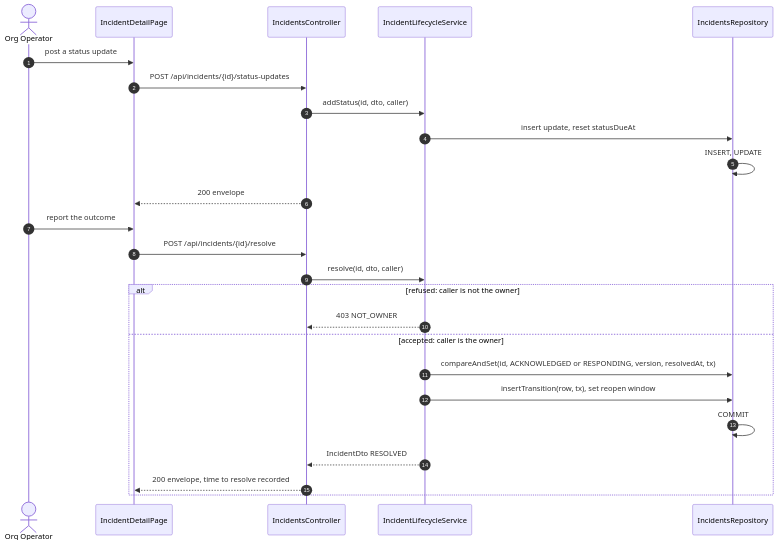
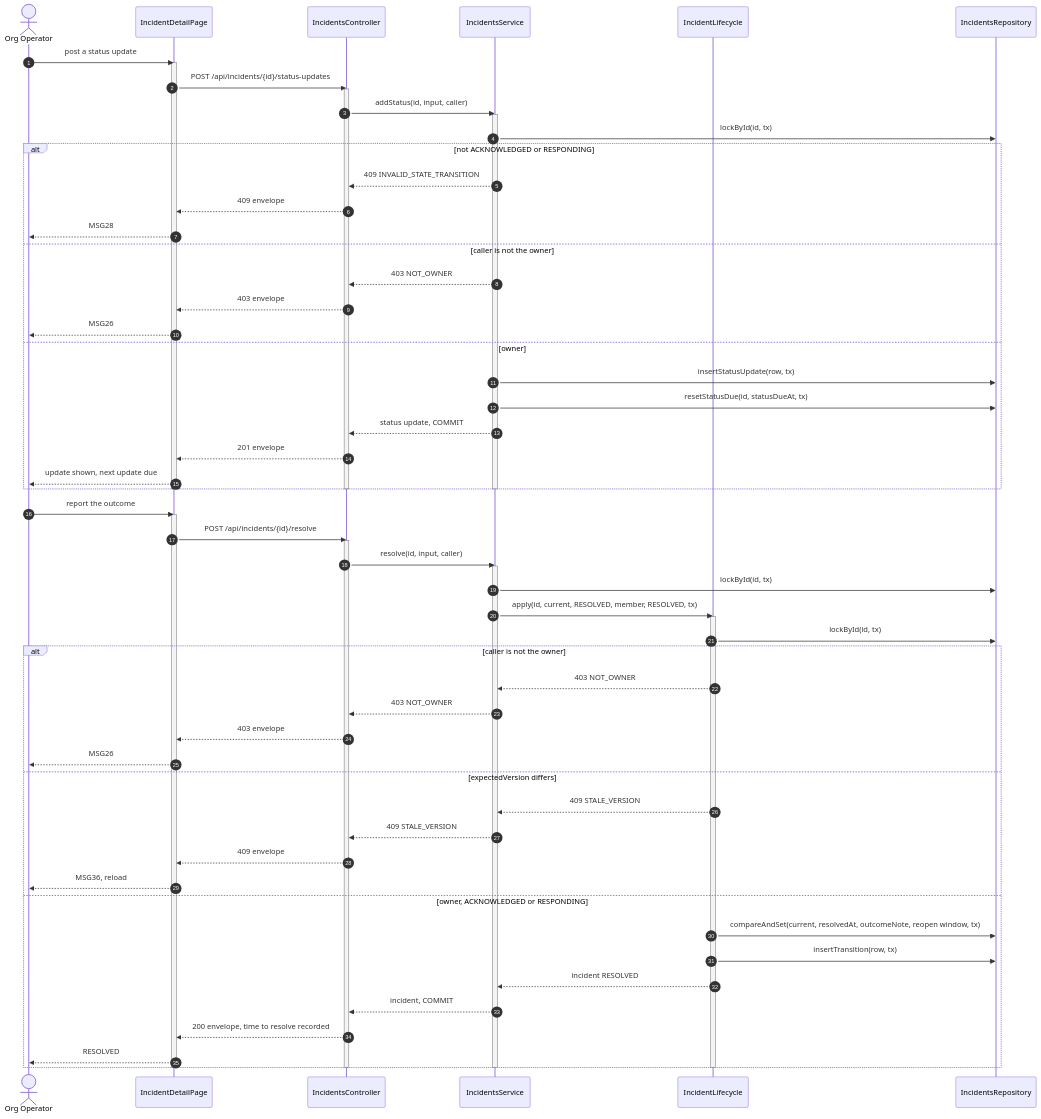
Before and after one commit to TrekLink-Team/treklink-web: the ninth of 10 diagrams in specs/incidents/design.md, drawn with Mermaid. The commit also changed other lines of this file, not shown here.

First line of the commit message:
docs: draw incidents design Figures 4 to 10 as the code has them

````diff
--- a/specs/incidents/design.md
+++ b/specs/incidents/design.md
@@ -421,27 +587,67 @@
 ```mermaid
 sequenceDiagram
     autonumber
     actor Op as Org Operator
     participant P as IncidentDetailPage
     participant C as IncidentsController
-    participant L as IncidentLifecycleService
+    participant S as IncidentsService
+    participant L as IncidentLifecycle
     participant R as IncidentsRepository
     Op->>P: post a status update
+    activate P
     P->>C: POST /api/incidents/{id}/status-updates
-    C->>L: addStatus(id, dto, caller)
-    L->>R: insert update, reset statusDueAt
-    R->>R: INSERT, UPDATE
-    C-->>P: 200 envelope
+    activate C
+    C->>S: addStatus(id, input, caller)
+    activate S
+    S->>R: lockById(id, tx)
+    alt not ACKNOWLEDGED or RESPONDING
+        S-->>C: 409 INVALID_STATE_TRANSITION
+        C-->>P: 409 envelope
+        P-->>Op: MSG28
+    else caller is not the owner
+        S-->>C: 403 NOT_OWNER
+        C-->>P: 403 envelope
+        P-->>Op: MSG26
+    else owner
+        S->>R: insertStatusUpdate(row, tx)
+        S->>R: resetStatusDue(id, statusDueAt, tx)
+        S-->>C: status update, COMMIT
+        C-->>P: 201 envelope
+        P-->>Op: update shown, next update due
+    end
+    deactivate S
+    deactivate C
+    deactivate P
     Op->>P: report the outcome
+    activate P
     P->>C: POST /api/incidents/{id}/resolve
-    C->>L: resolve(id, dto, caller)
-    alt refused: caller is not the owner
-        L-->>C: 403 NOT_OWNER
-    else accepted: caller is the owner
-        L->>R: compareAndSet(id, ACKNOWLEDGED or RESPONDING, version, resolvedAt, tx)
-        L->>R: insertTransition(row, tx), set reopen window
-        R->>R: COMMIT
-        L-->>C: IncidentDto RESOLVED
+    activate C
+    C->>S: resolve(id, input, caller)
+    activate S
+    S->>R: lockById(id, tx)
+    S->>L: apply(id, current, RESOLVED, member, RESOLVED, tx)
+    activate L
+    L->>R: lockById(id, tx)
+    alt caller is not the owner
+        L-->>S: 403 NOT_OWNER
+        S-->>C: 403 NOT_OWNER
+        C-->>P: 403 envelope
+        P-->>Op: MSG26
+    else expectedVersion differs
+        L-->>S: 409 STALE_VERSION
+        S-->>C: 409 STALE_VERSION
+        C-->>P: 409 envelope
+        P-->>Op: MSG36, reload
+    else owner, ACKNOWLEDGED or RESPONDING
+        L->>R: compareAndSet(current, resolvedAt, outcomeNote, reopen window, tx)
+        L->>R: insertTransition(row, tx)
+        L-->>S: incident RESOLVED
+        S-->>C: incident, COMMIT
         C-->>P: 200 envelope, time to resolve recorded
+        P-->>Op: RESOLVED
     end
+    deactivate L
+    deactivate S
+    deactivate C
+    deactivate P
 ```
````
